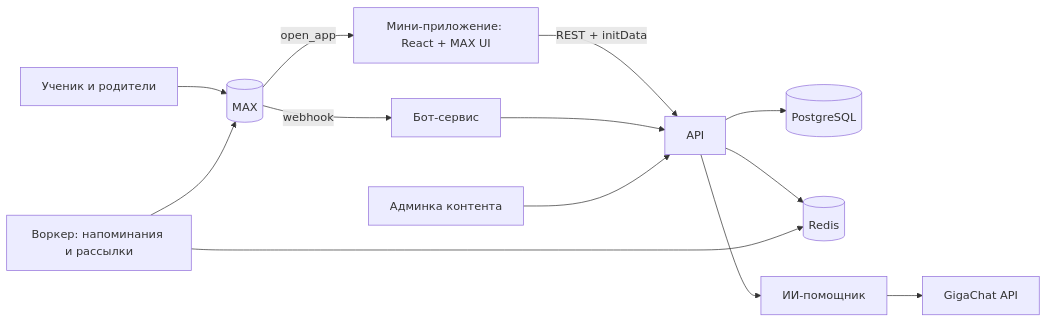
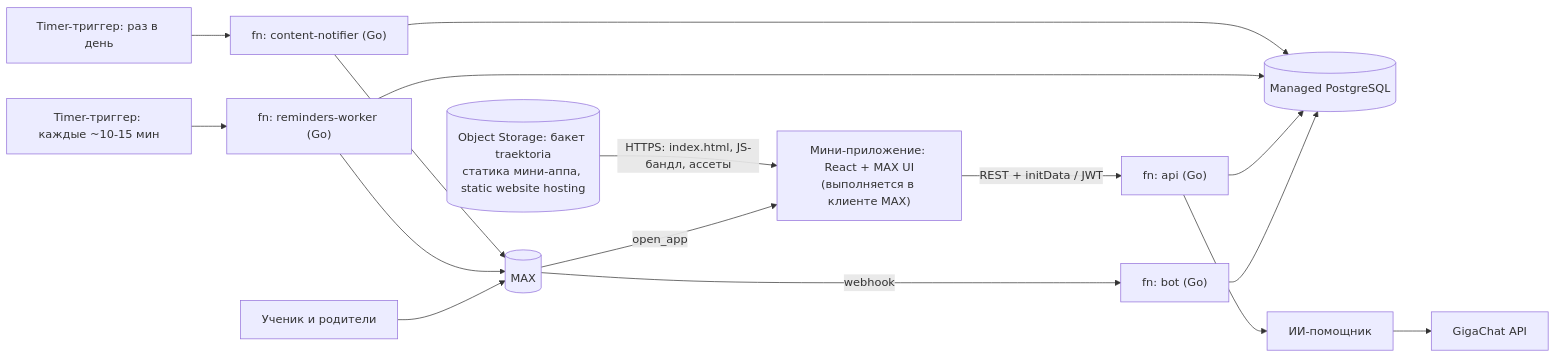
The second of 3 diagrams in idea/техническое задание.md (ArthurBabkin/max-hackathon), drawn with Mermaid before and after one commit. The commit also changed other lines of this file, not shown here.

First line of the commit message:
Update architecture to Go + serverless

````diff
--- a/idea/техническое задание.md
+++ b/idea/техническое задание.md
@@ -446,14 +446,17 @@
 ```mermaid
 flowchart LR
   U["Ученик и родители"] --> MAX[("MAX")]
-  MAX -- "webhook" --> BOT["Бот-сервис"]
-  MAX -- "open_app" --> WEB["Мини-приложение: React + MAX UI"]
-  WEB -- "REST + initData" --> API["API"]
-  BOT --> API
-  API --> DB[("PostgreSQL")]
-  API --> RD[("Redis")]
-  W["Воркер: напоминания и рассылки"] --> RD
-  W --> MAX
-  API --> RAG["ИИ-помощник"] --> LLM["GigaChat API"]
-  ADM["Админка контента"] --> API
+  MAX -- "webhook" --> BOTFN["fn: bot (Go)"]
+  MAX -- "open_app" --> WEB["Мини-приложение: React + MAX UI<br/>(выполняется в клиенте MAX)"]
+  S3[("Object Storage: бакет traektoria<br/>статика мини-аппа, static website hosting")] -- "HTTPS: index.html, JS-бандл, ассеты" --> WEB
+  WEB -- "REST + initData / JWT" --> APIFN["fn: api (Go)"]
+  BOTFN --> DB[("Managed PostgreSQL")]
+  APIFN --> DB
+  TMR1["Timer-триггер: каждые ~10-15 мин"] --> RFN["fn: reminders-worker (Go)"]
+  RFN --> DB
+  RFN --> MAX
+  TMR2["Timer-триггер: раз в день"] --> NFN["fn: content-notifier (Go)"]
+  NFN --> DB
+  NFN --> MAX
+  APIFN --> RAG["ИИ-помощник"] --> LLM["GigaChat API"]
 ```
````
